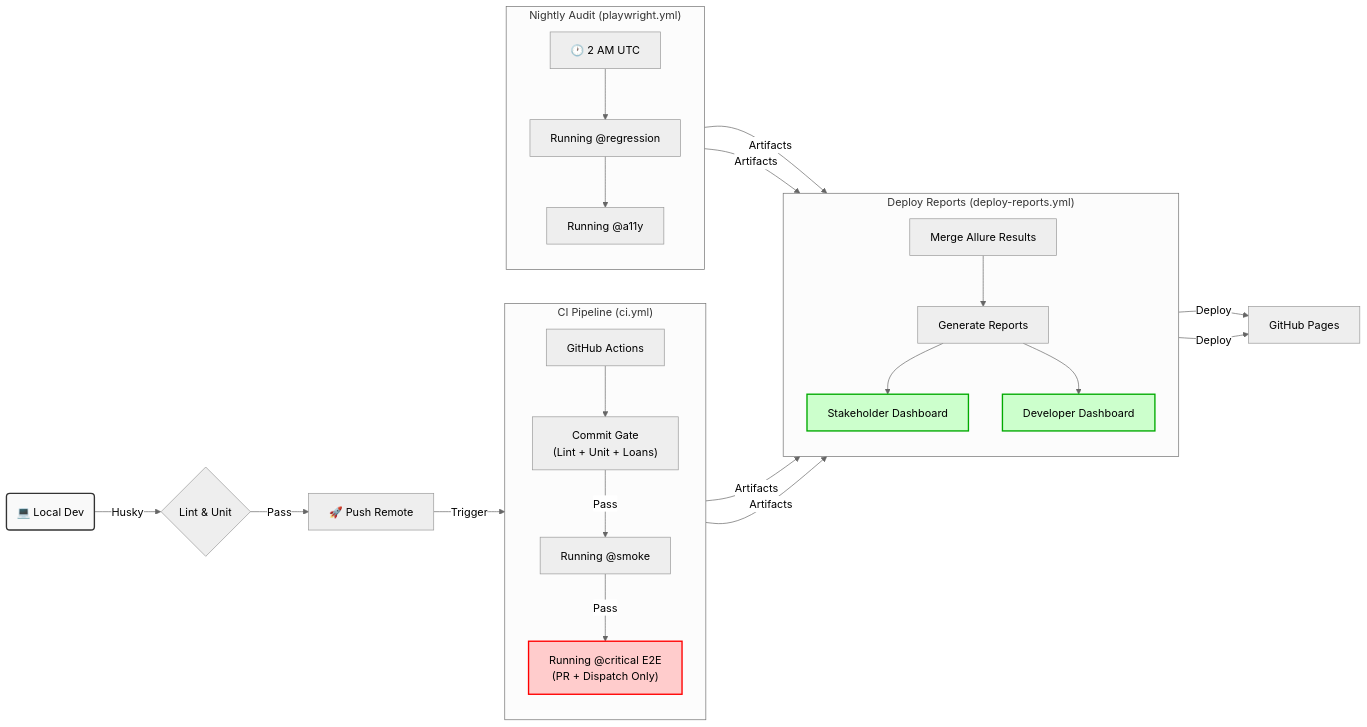
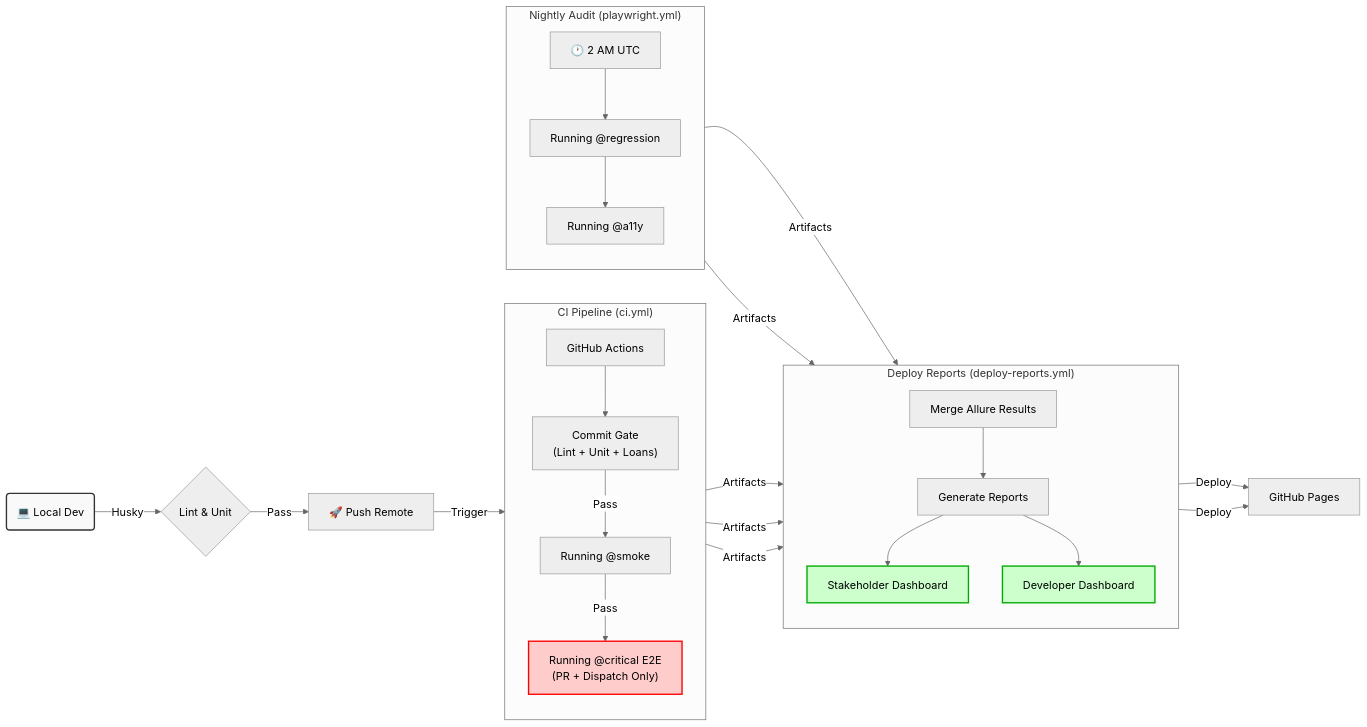
One commit to theRainMaker1001/QA-Automation-Suites changed the second of 2 diagrams in docs/TECHNICAL-DESIGN.MD. Above: the diagram before and after it, drawn with Mermaid (neutral theme). The commit also changed other lines of this file and 4 other files, not shown here.

````diff
--- a/docs/TECHNICAL-DESIGN.MD
+++ b/docs/TECHNICAL-DESIGN.MD
@@ -136,38 +136,39 @@
 ```mermaid
 graph LR
     Local(💻 Local Dev) -->|Husky| Gate1{Lint & Unit}
     Gate1 -->|Pass| Push[🚀 Push Remote]
     Push -->|Trigger| CI[GitHub Actions]
 
     subgraph "CI Pipeline (ci.yml)"
     direction TB
     CI --> CommitGate["Commit Gate<br/>(Lint + Unit + Loans)"]
     CommitGate -->|Pass| Smoke[Running @smoke]
     Smoke -->|Pass| Critical["Running @critical E2E<br/>(PR + Dispatch Only)"]
     end
 
     subgraph "Nightly Audit (playwright.yml)"
     direction TB
     Nightly[🕐 2 AM UTC] --> Regression[Running @regression]
     Regression --> A11y[Running @a11y]
     end
 
     subgraph "Deploy Reports (deploy-reports.yml)"
     direction TB
     Merge[Merge Allure Results] --> Generate[Generate Reports]
     Generate --> Stakeholder[Stakeholder Dashboard]
     Generate --> Allure[Developer Dashboard]
     end
 
     CommitGate -->|Artifacts| Merge
+    Smoke -->|Artifacts| Merge
     Critical -->|Artifacts| Merge
     Regression -->|Artifacts| Merge
     A11y -->|Artifacts| Merge
     Stakeholder -->|Deploy| Pages[GitHub Pages]
     Allure -->|Deploy| Pages
 
     style Local fill:#f9f9f9,stroke:#333,stroke-width:2px,color:black
     style Critical fill:#ffcccc,stroke:#ff0000,stroke-width:2px,color:black
     style Stakeholder fill:#ccffcc,stroke:#00aa00,stroke-width:2px,color:black
     style Allure fill:#ccffcc,stroke:#00aa00,stroke-width:2px,color:black
 ```
````
